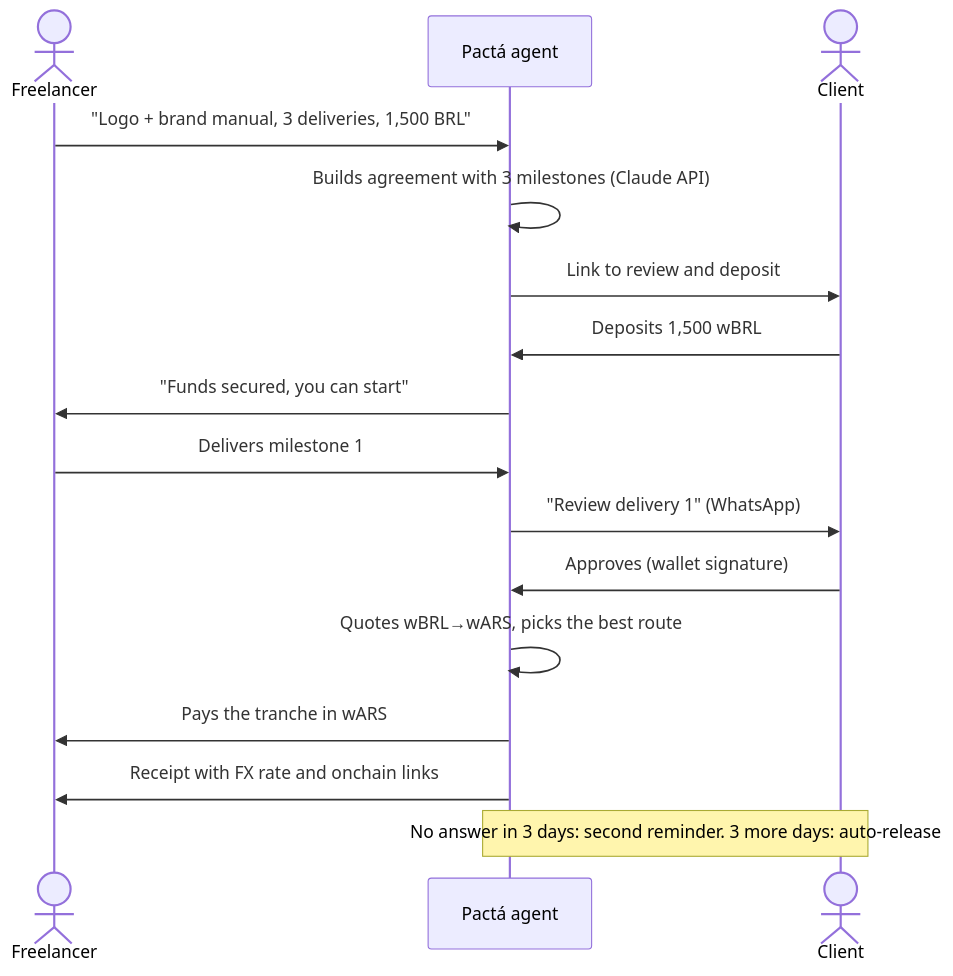
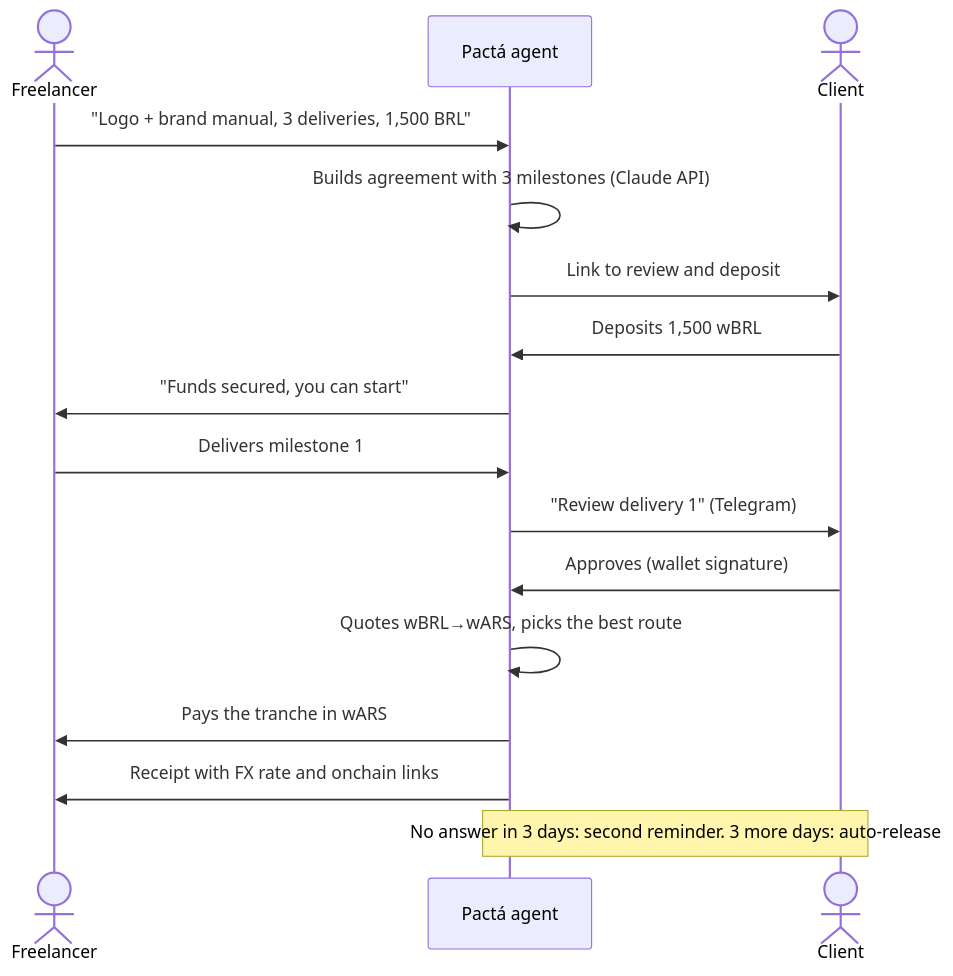
One commit to marianelavflora/pacta changed the first of 2 diagrams in README.md. Above: the diagram before and after it, drawn with Mermaid. The commit also changed other lines of this file and 12 other files, not shown here.

````diff
--- a/README.md
+++ b/README.md
@@ -35,18 +35,18 @@
 ```mermaid
 sequenceDiagram
   actor F as Freelancer
   participant A as Pactá agent
   actor C as Client
   F->>A: "Logo + brand manual, 3 deliveries, 1,500 BRL"
   A->>A: Builds agreement with 3 milestones (Claude API)
   A->>C: Link to review and deposit
   C->>A: Deposits 1,500 wBRL
   A->>F: "Funds secured, you can start"
   F->>A: Delivers milestone 1
-  A->>C: "Review delivery 1" (WhatsApp)
+  A->>C: "Review delivery 1" (Telegram)
   C->>A: Approves (wallet signature)
   A->>A: Quotes wBRL→wARS, picks the best route
   A->>F: Pays the tranche in wARS
   A->>F: Receipt with FX rate and onchain links
   Note over A,C: No answer in 3 days: second reminder. 3 more days: auto-release
 ```
````
